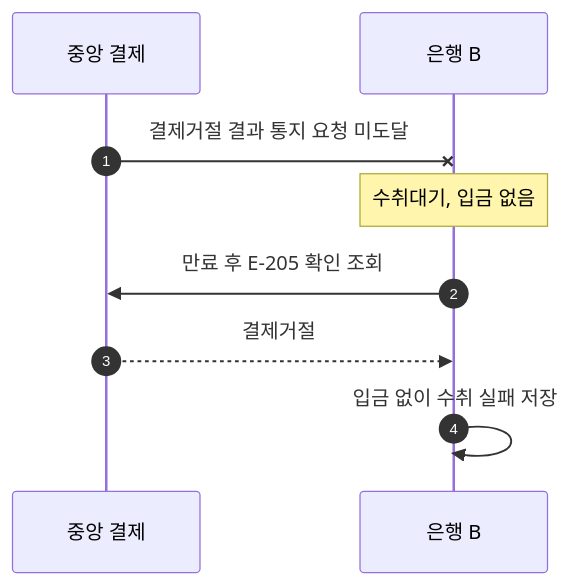
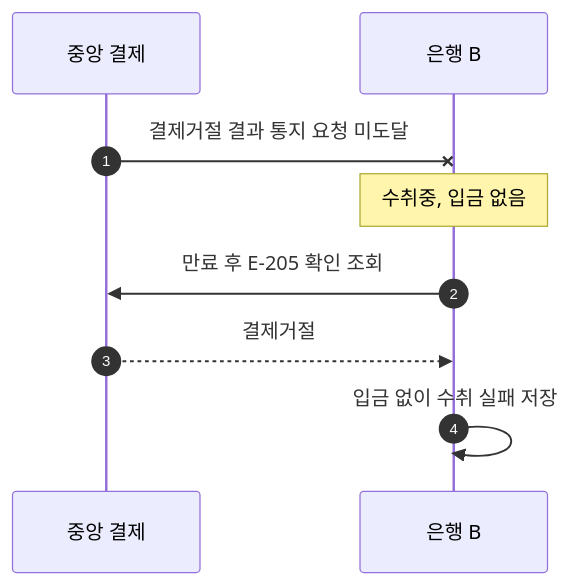
The diagram in docs/scenarios/S-304_결제거절_결과_통지_미도달.md (2jun0/financial-system-backend), drawn with Mermaid before and after one commit. The commit also changed other lines of this file and 8 other files, not shown here.

````diff
--- a/docs/scenarios/S-304_결제거절_결과_통지_미도달.md
+++ b/docs/scenarios/S-304_결제거절_결과_통지_미도달.md
@@ -27,11 +27,11 @@
 ```mermaid
 sequenceDiagram
     autonumber
     participant C as 중앙 결제
     participant B as 은행 B
     C-xB: 결제거절 결과 통지 요청 미도달
-    Note over B: 수취대기, 입금 없음
+    Note over B: 수취중, 입금 없음
     B->>C: 만료 후 E-205 확인 조회
     C-->>B: 결제거절
     B->>B: 입금 없이 수취 실패 저장
 ```
````
